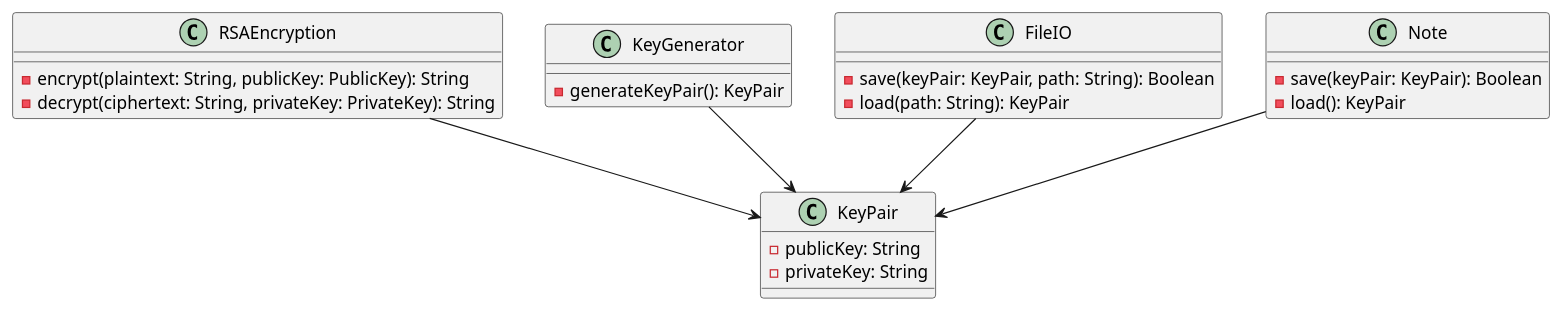
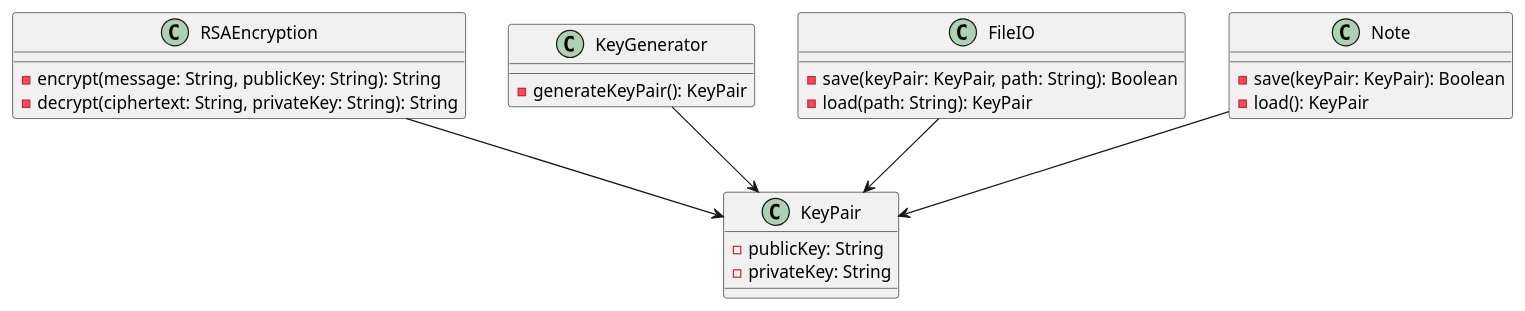
One commit to Loxed/RSA-keygen changed the diagram in class diagram.puml. Above: the diagram before and after it, drawn with PlantUML. The commit also changed 9 other files, not shown here.

```diff
--- a/class diagram.puml
+++ b/class diagram.puml
@@ -1,32 +1,32 @@
 @startuml
 
 class RSAEncryption {
-  -encrypt(plaintext: String, publicKey: PublicKey): String
-  -decrypt(ciphertext: String, privateKey: PrivateKey): String
+  -encrypt(message: String, publicKey: String): String
+  -decrypt(ciphertext: String, privateKey: String): String
 }
 
 class KeyGenerator {
   -generateKeyPair(): KeyPair
 }
 
 class KeyPair {
   -publicKey: String
   -privateKey: String
 }
 
 class FileIO {
   -save(keyPair: KeyPair, path: String): Boolean
   -load(path: String): KeyPair
 }
 
 class Note {
   -save(keyPair: KeyPair): Boolean
   -load(): KeyPair
 }
 
 RSAEncryption --> KeyPair
 KeyGenerator --> KeyPair
 FileIO --> KeyPair
 Note --> KeyPair
 
 @enduml
```
